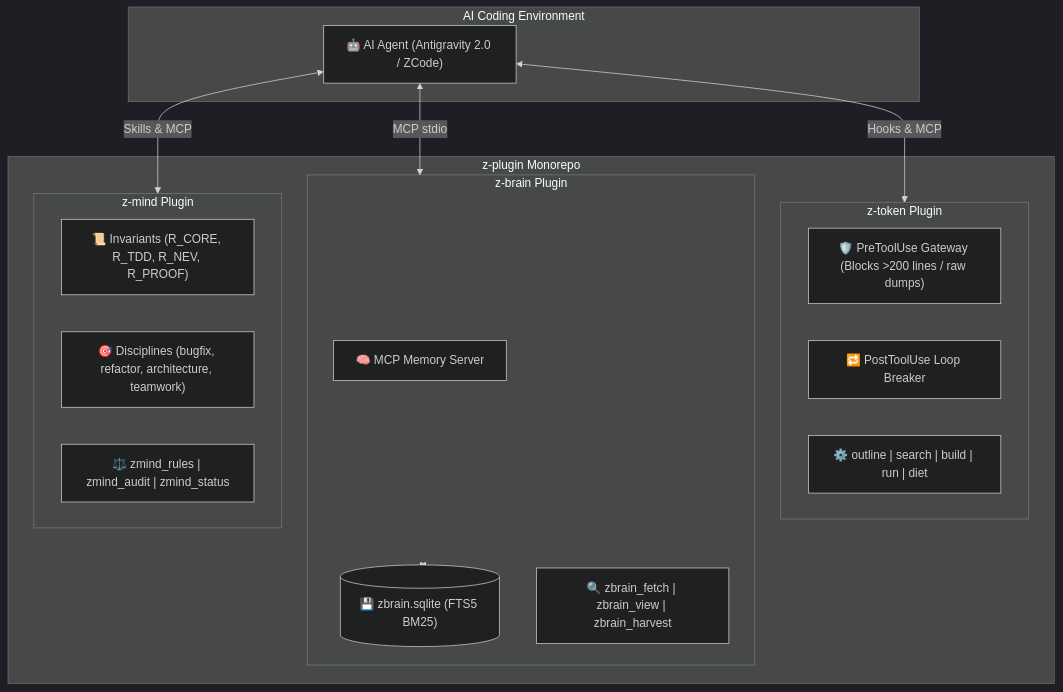
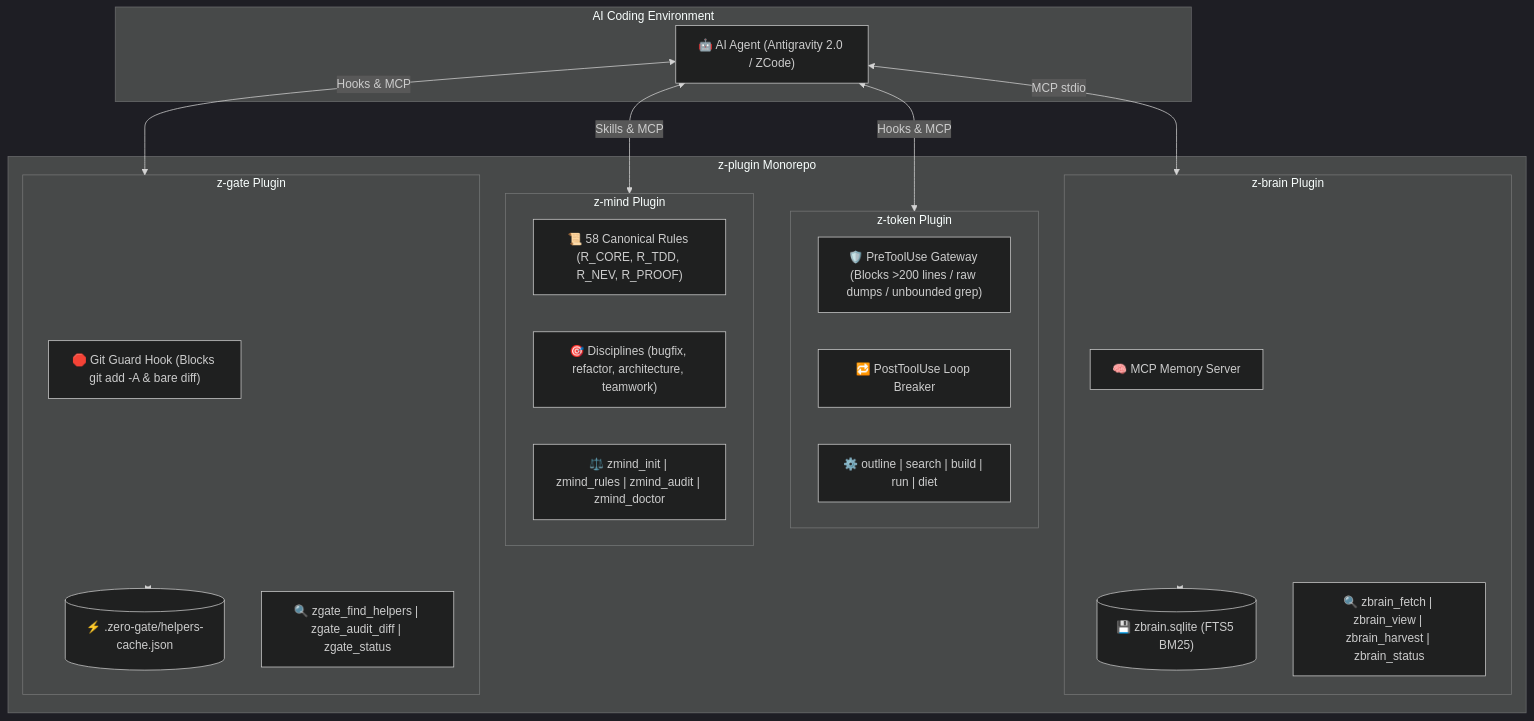
Before and after one commit to kzxl/z-plugin: the diagram in README.md, drawn with Mermaid (dark theme). The commit also changed other lines of this file and 4 other files, not shown here.

````diff
--- a/README.md
+++ b/README.md
@@ -57,31 +61,39 @@
 ```mermaid
 flowchart TD
     subgraph IDE ["AI Coding Environment"]
         Agent["🤖 AI Agent (Antigravity 2.0 / ZCode)"]
     end
 
     subgraph ZPluginSuite ["z-plugin Monorepo"]
         subgraph ZToken ["z-token Plugin"]
-            Guard["🛡️ PreToolUse Gateway (Blocks >200 lines / raw dumps)"]
+            Guard["🛡️ PreToolUse Gateway (Blocks >200 lines / raw dumps / unbounded grep)"]
             Loop["🔁 PostToolUse Loop Breaker"]
             ToolsToken["⚙️ outline | search | build | run | diet"]
         end
 
         subgraph ZBrain ["z-brain Plugin"]
             MCPBrain["🧠 MCP Memory Server"]
             SQLite[("💾 zbrain.sqlite (FTS5 BM25)")]
-            ToolsBrain["🔍 zbrain_fetch | zbrain_view | zbrain_harvest"]
+            ToolsBrain["🔍 zbrain_fetch | zbrain_view | zbrain_harvest | zbrain_status"]
         end
 
         subgraph ZMind ["z-mind Plugin"]
-            Rules["📜 Invariants (R_CORE, R_TDD, R_NEV, R_PROOF)"]
+            Rules["📜 58 Canonical Rules (R_CORE, R_TDD, R_NEV, R_PROOF)"]
             Skills["🎯 Disciplines (bugfix, refactor, architecture, teamwork)"]
-            ToolsMind["⚖️ zmind_rules | zmind_audit | zmind_status"]
+            ToolsMind["⚖️ zmind_init | zmind_rules | zmind_audit | zmind_doctor"]
+        end
+
+        subgraph ZGate ["z-gate Plugin"]
+            GitGuard["🛑 Git Guard Hook (Blocks git add -A & bare diff)"]
+            Cache[("⚡ .zero-gate/helpers-cache.json")]
+            ToolsGate["🔍 zgate_find_helpers | zgate_audit_diff | zgate_status"]
         end
     end
 
     Agent <-->|"Hooks & MCP"| ZToken
     Agent <-->|"MCP stdio"| ZBrain
     Agent <-->|"Skills & MCP"| ZMind
+    Agent <-->|"Hooks & MCP"| ZGate
     ZBrain <--> SQLite
+    ZGate <--> Cache
 ```
````
